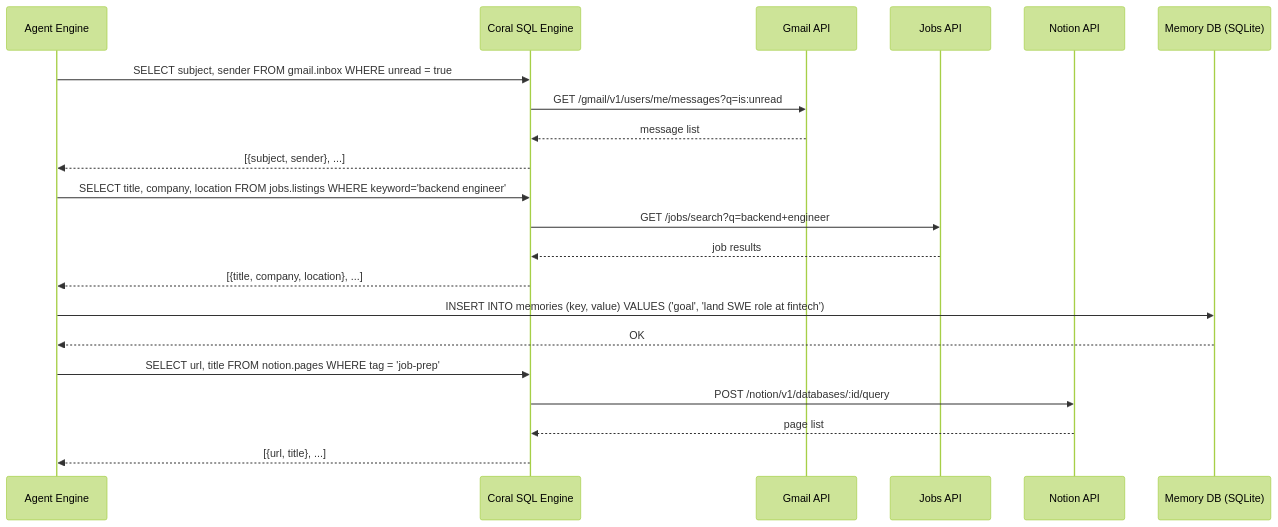
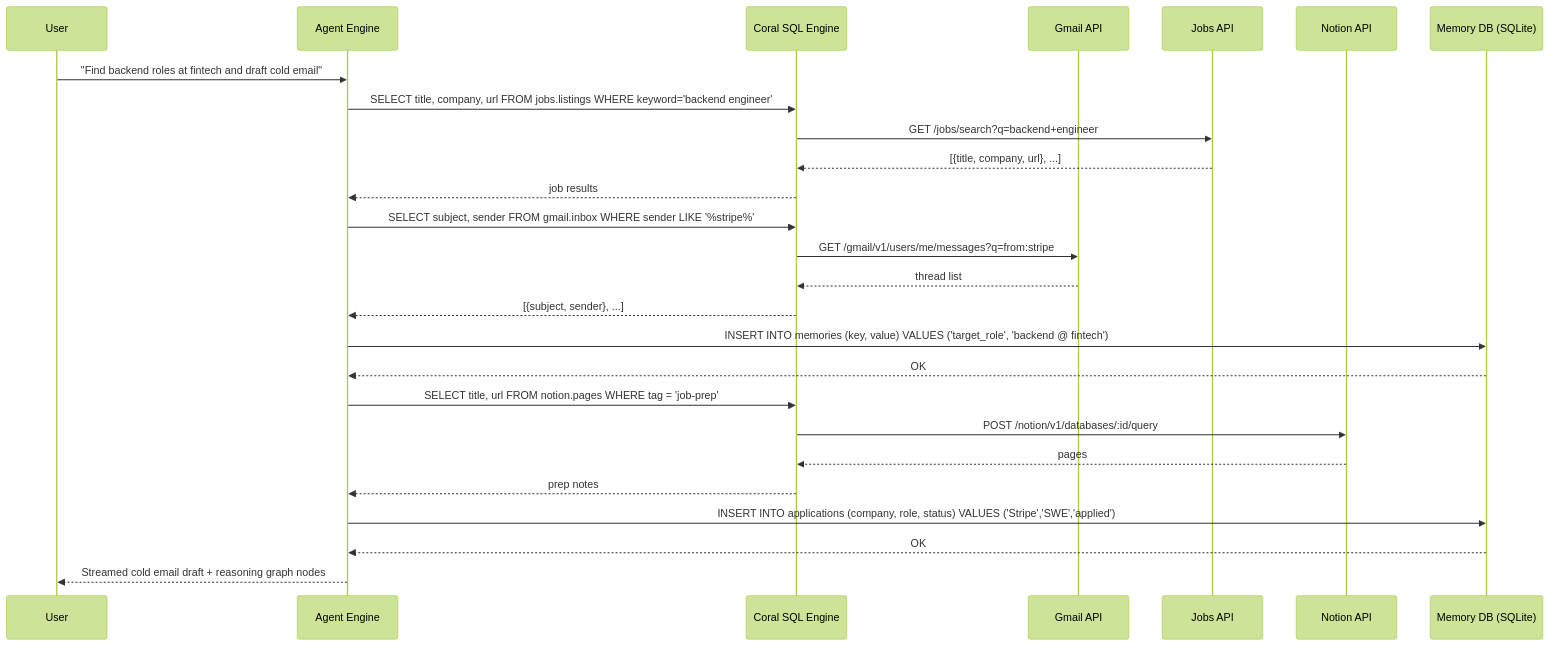
Before and after one commit to Priyank911/VELA: the second of 3 diagrams in README.md, drawn with Mermaid (forest theme). The commit also changed other lines of this file, not shown here.

````diff
--- a/README.md
+++ b/README.md
@@ -85,27 +91,34 @@
 ```mermaid
 sequenceDiagram
+    participant U as User
     participant A as Agent Engine
     participant C as Coral SQL Engine
     participant G as Gmail API
     participant J as Jobs API
     participant N as Notion API
     participant M as Memory DB (SQLite)
 
-    A->>C: SELECT subject, sender FROM gmail.inbox WHERE unread = true
-    C->>G: GET /gmail/v1/users/me/messages?q=is:unread
-    G-->>C: message list
+    U->>A: "Find backend roles at fintech and draft cold email"
+    A->>C: SELECT title, company, url FROM jobs.listings WHERE keyword='backend engineer'
+    C->>J: GET /jobs/search?q=backend+engineer
+    J-->>C: [{title, company, url}, ...]
+    C-->>A: job results
+
+    A->>C: SELECT subject, sender FROM gmail.inbox WHERE sender LIKE '%stripe%'
+    C->>G: GET /gmail/v1/users/me/messages?q=from:stripe
+    G-->>C: thread list
     C-->>A: [{subject, sender}, ...]
 
-    A->>C: SELECT title, company, location FROM jobs.listings WHERE keyword='backend engineer'
-    C->>J: GET /jobs/search?q=backend+engineer
-    J-->>C: job results
-    C-->>A: [{title, company, location}, ...]
-
-    A->>M: INSERT INTO memories (key, value) VALUES ('goal', 'land SWE role at fintech')
+    A->>M: INSERT INTO memories (key, value) VALUES ('target_role', 'backend @ fintech')
     M-->>A: OK
 
-    A->>C: SELECT url, title FROM notion.pages WHERE tag = 'job-prep'
+    A->>C: SELECT title, url FROM notion.pages WHERE tag = 'job-prep'
     C->>N: POST /notion/v1/databases/:id/query
-    N-->>C: page list
-    C-->>A: [{url, title}, ...]
+    N-->>C: pages
+    C-->>A: prep notes
+
+    A->>M: INSERT INTO applications (company, role, status) VALUES ('Stripe','SWE','applied')
+    M-->>A: OK
+
+    A-->>U: Streamed cold email draft + reasoning graph nodes
 ```
````
